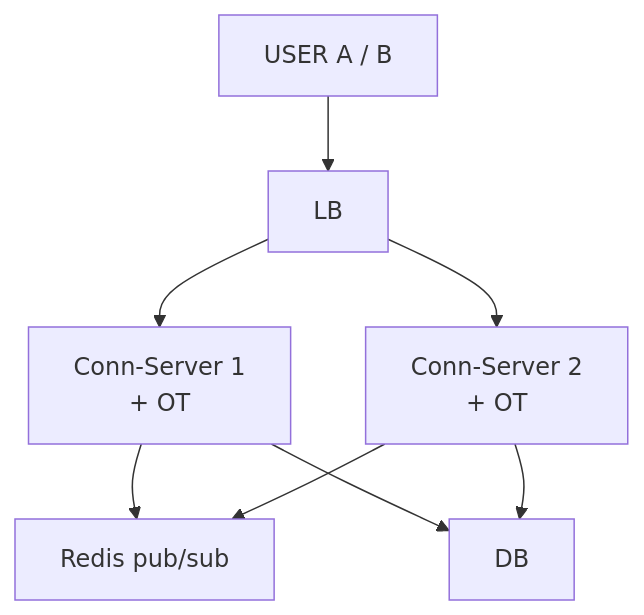
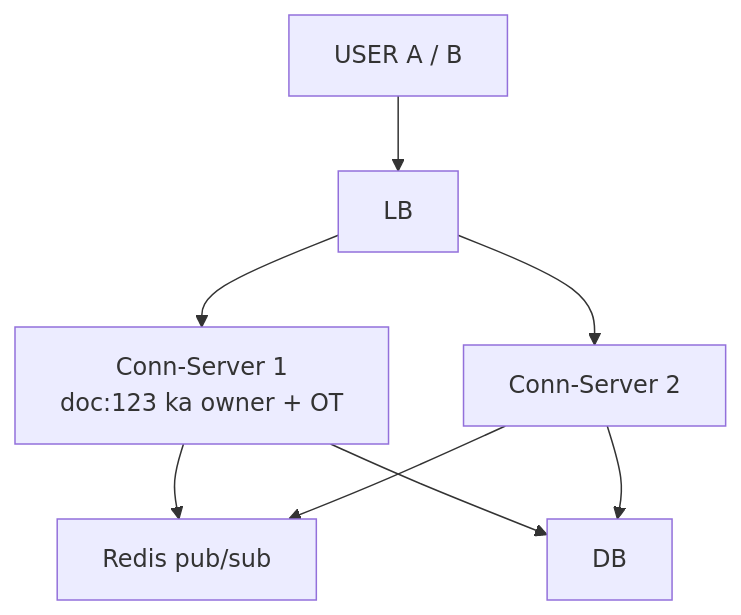
Before and after one commit to ArpanMaheshwari144/Prep: the fifth of 11 diagrams in 04_HLD/SYSTEM_DESIGNS/11_google_docs_collab/11_google_docs_collab.md, drawn with Mermaid. The commit also changed other lines of this file and 13 other files, not shown here.

First line of the commit message:
hld designs: fix the review findings and put each diagram right below its ILAAJ

````diff
--- a/04_HLD/SYSTEM_DESIGNS/11_google_docs_collab/11_google_docs_collab.md
+++ b/04_HLD/SYSTEM_DESIGNS/11_google_docs_collab/11_google_docs_collab.md
@@ -192,16 +180,16 @@
 ```mermaid
 flowchart TD
     n_USER_A_B["USER A / B"]
     n_LB["LB"]
-    n_Conn_Server_x_N_1["Conn-Server 1<br/>+ OT"]
-    n_Conn_Server_x_N_2["Conn-Server 2<br/>+ OT"]
+    n_Conn_Server_x_N_1["Conn-Server 1<br/>doc:123 ka owner + OT"]
+    n_Conn_Server_x_N_2["Conn-Server 2"]
     n_Redis_pub_sub["Redis pub/sub"]
     n_DB["DB"]
     n_USER_A_B --> n_LB
     n_LB --> n_Conn_Server_x_N_1
     n_LB --> n_Conn_Server_x_N_2
     n_Conn_Server_x_N_1 --> n_Redis_pub_sub
     n_Conn_Server_x_N_2 --> n_Redis_pub_sub
     n_Conn_Server_x_N_1 --> n_DB
     n_Conn_Server_x_N_2 --> n_DB
 ```
````
